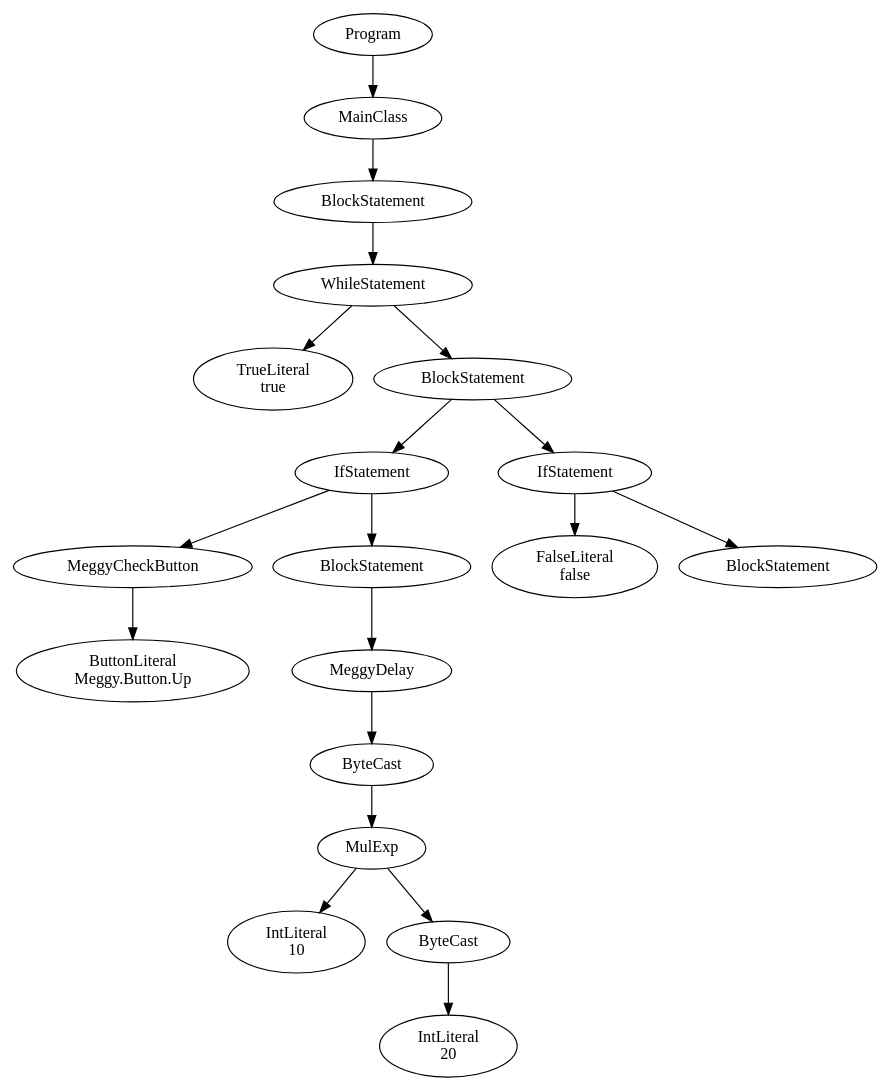
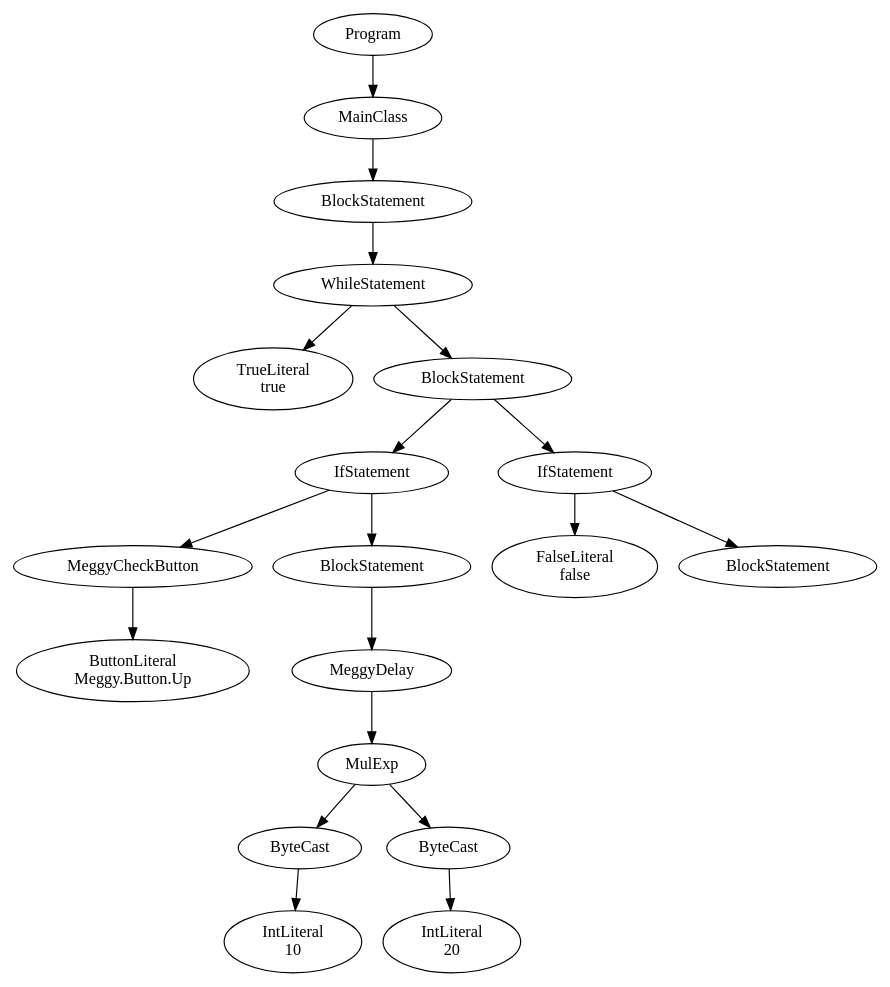
The diagram in PA3/PA3Test3.java.ast.dot (Ajith20/MeggyJava-compiler), drawn with Graphviz before and after one commit. The commit also changed 39 other files, not shown here.

```diff
--- a/PA3/PA3Test3.java.ast.dot
+++ b/PA3/PA3Test3.java.ast.dot
@@ -1,39 +1,39 @@
 digraph ASTGraph {
 0 [ label="Program" ];
 1 [ label="MainClass" ];
 0 -> 1
 2 [ label="BlockStatement" ];
 1 -> 2
 3 [ label="WhileStatement" ];
 2 -> 3
 4 [ label="TrueLiteral\ntrue" ];
 3 -> 4
 5 [ label="BlockStatement" ];
 3 -> 5
 6 [ label="IfStatement" ];
 5 -> 6
 7 [ label="MeggyCheckButton" ];
 6 -> 7
 8 [ label="ButtonLiteral\nMeggy.Button.Up" ];
 7 -> 8
 9 [ label="BlockStatement" ];
 6 -> 9
 10 [ label="MeggyDelay" ];
 9 -> 10
-11 [ label="ByteCast" ];
+11 [ label="MulExp" ];
 10 -> 11
-12 [ label="MulExp" ];
+12 [ label="ByteCast" ];
 11 -> 12
 13 [ label="IntLiteral\n10" ];
 12 -> 13
 14 [ label="ByteCast" ];
-12 -> 14
+11 -> 14
 15 [ label="IntLiteral\n20" ];
 14 -> 15
 16 [ label="IfStatement" ];
 5 -> 16
 17 [ label="FalseLiteral\nfalse" ];
 16 -> 17
 18 [ label="BlockStatement" ];
 16 -> 18
 }
```
